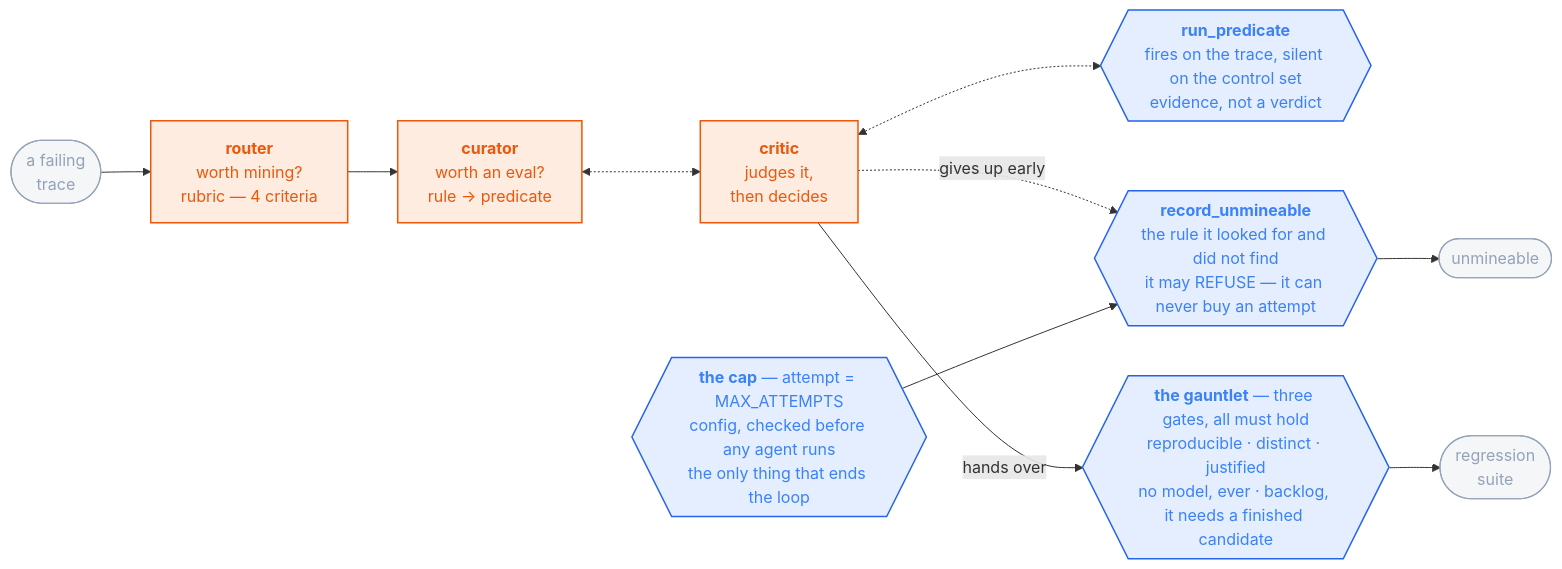
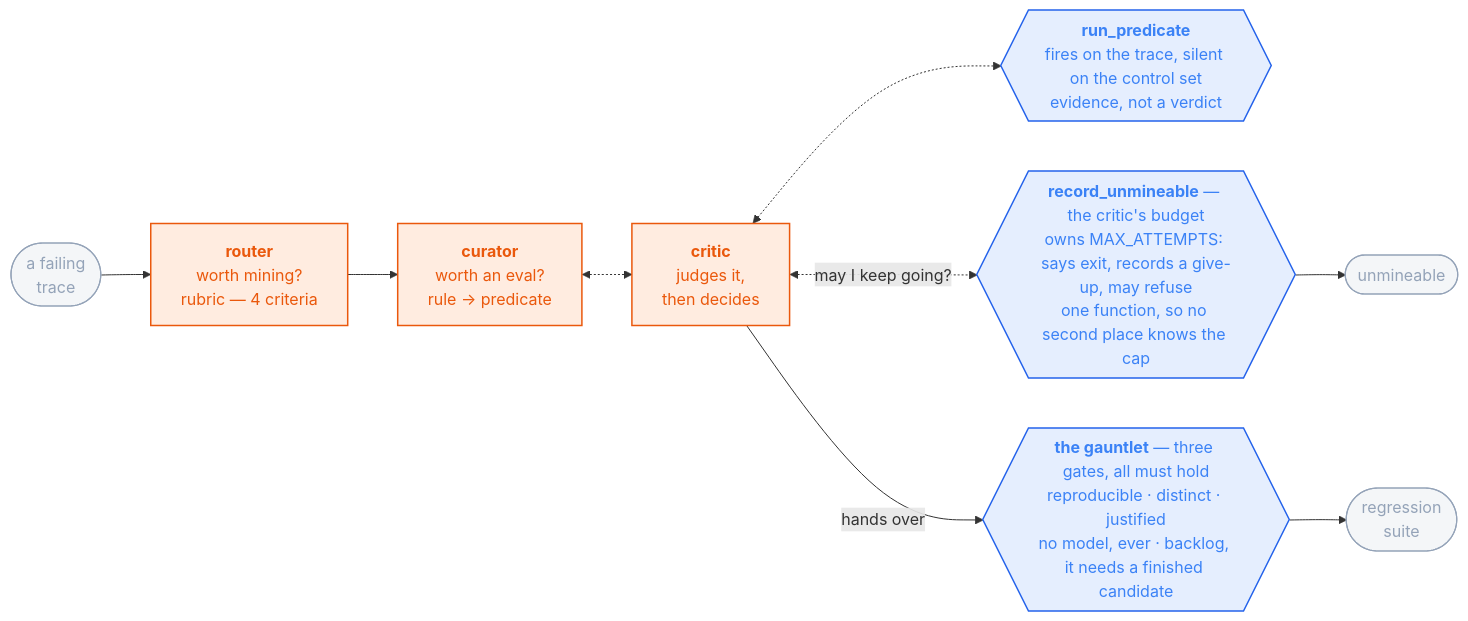
One commit to sandeepyadav1478/touchstone changed the diagram in README.md. Above: the diagram before and after it, drawn with Mermaid. The commit also changed other lines of this file and 5 other files, not shown here.

First line of the commit message:
D-091: the cap lives inside the tool -- one block, not two

````diff
--- a/README.md
+++ b/README.md
@@ -80,19 +80,18 @@
 ```mermaid
 flowchart LR
   T(["a failing<br/>trace"]) --> R["<b>router</b><br/>worth mining?<br/>rubric — 4 criteria"]
   R --> CU["<b>curator</b><br/>worth an eval?<br/>rule → predicate"]
   CU <-.-> CR["<b>critic</b><br/>judges it,<br/>then decides"]
   CR <-.-> RP{{"<b>run_predicate</b><br/>fires on the trace, silent on the control set<br/>evidence, not a verdict"}}
-  CR -.->|"gives up early"| RU{{"<b>record_unmineable</b><br/>the rule it looked for and did not find<br/>it may REFUSE — it can never buy an attempt"}}
-  CAP{{"<b>the cap</b> — attempt = MAX_ATTEMPTS<br/>config, checked before any agent runs<br/>the only thing that ends the loop"}} --> RU
+  CR <-.->|"may I keep going?"| RU{{"<b>record_unmineable</b> — the critic's budget<br/>owns MAX_ATTEMPTS: says exit, records a give-up, may refuse<br/>one function, so no second place knows the cap"}}
   RU --> U(["unmineable"])
   CR -->|"hands over"| AD{{"<b>the gauntlet</b> — three gates, all must hold<br/>reproducible · distinct · justified<br/>no model, ever · backlog, it needs a finished candidate"}}
   AD --> S(["regression<br/>suite"])
 
   classDef m fill:#f9731622,stroke:#ea580c,stroke-width:1.5px,color:#ea580c
   classDef d fill:#3b82f622,stroke:#2563eb,stroke-width:1.5px,color:#3b82f6
   classDef io fill:#94a3b81a,stroke:#94a3b8,stroke-width:1.2px,color:#94a3b8
   class R,CU,CR m
-  class RP,RU,CAP,AD d
+  class RP,RU,AD d
   class T,S,U io
 ```
````
